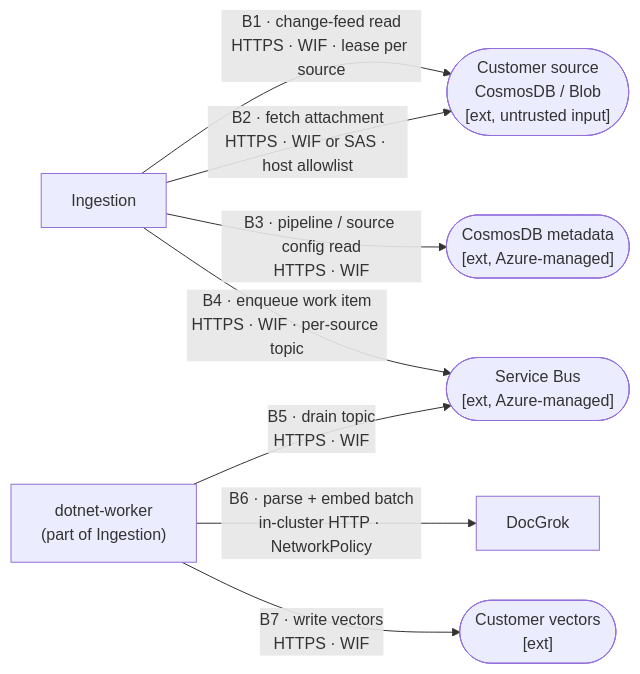
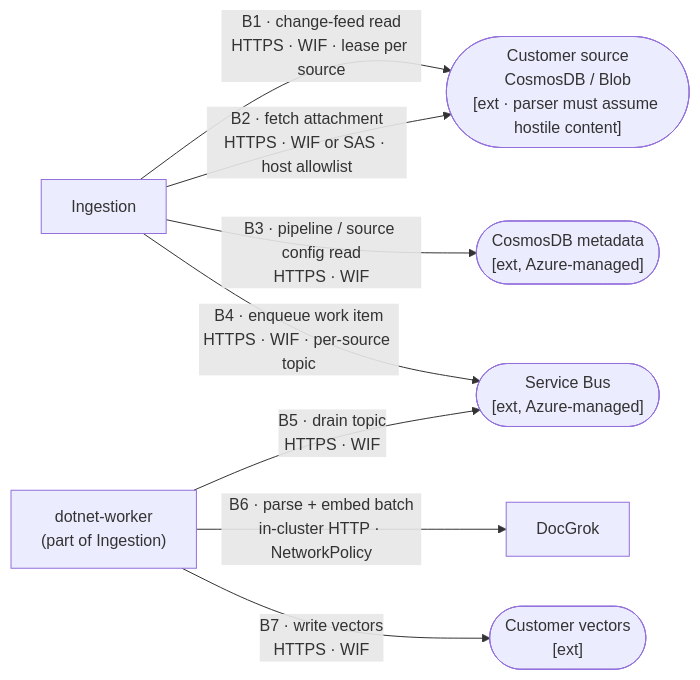
Before and after one commit to AzureCosmosDB/OmniVec: the third of 5 diagrams in docs/security/threat-model.md, drawn with Mermaid. The commit also changed other lines of this file and 2 other files, not shown here.

First line of the commit message:
security(threat-model): drop 'untrusted input' framing; name the actual content risk

````diff
--- a/docs/security/threat-model.md
+++ b/docs/security/threat-model.md
@@ -163,18 +163,18 @@
 ```mermaid
 flowchart LR
-  csrc(["Customer source<br/>CosmosDB / Blob<br/>[ext, untrusted input]"])
+  csrc(["Customer source<br/>CosmosDB / Blob<br/>[ext · parser must assume hostile content]"])
   ingest["Ingestion"]
   sb(["Service Bus<br/>[ext, Azure-managed]"])
   worker["dotnet-worker<br/>(part of Ingestion)"]
   docgrok["DocGrok"]
   cvec(["Customer vectors<br/>[ext]"])
   cmeta(["CosmosDB metadata<br/>[ext, Azure-managed]"])
 
   ingest -->|"B1 · change-feed read<br/>HTTPS · WIF · lease per source"| csrc
   ingest -->|"B2 · fetch attachment<br/>HTTPS · WIF or SAS · host allowlist"| csrc
   ingest -->|"B3 · pipeline / source config read<br/>HTTPS · WIF"| cmeta
   ingest -->|"B4 · enqueue work item<br/>HTTPS · WIF · per-source topic"| sb
   worker -->|"B5 · drain topic<br/>HTTPS · WIF"| sb
   worker -->|"B6 · parse + embed batch<br/>in-cluster HTTP · NetworkPolicy"| docgrok
   worker -->|"B7 · write vectors<br/>HTTPS · WIF"| cvec
 ```
````
